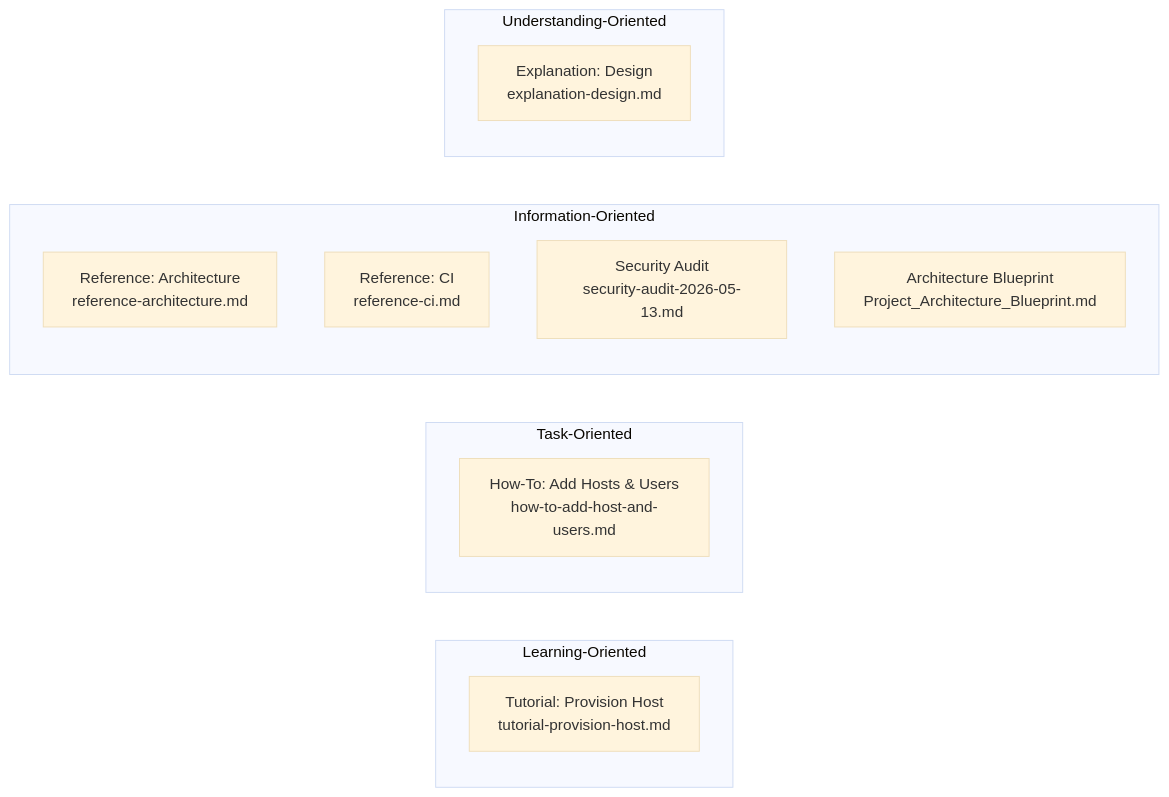
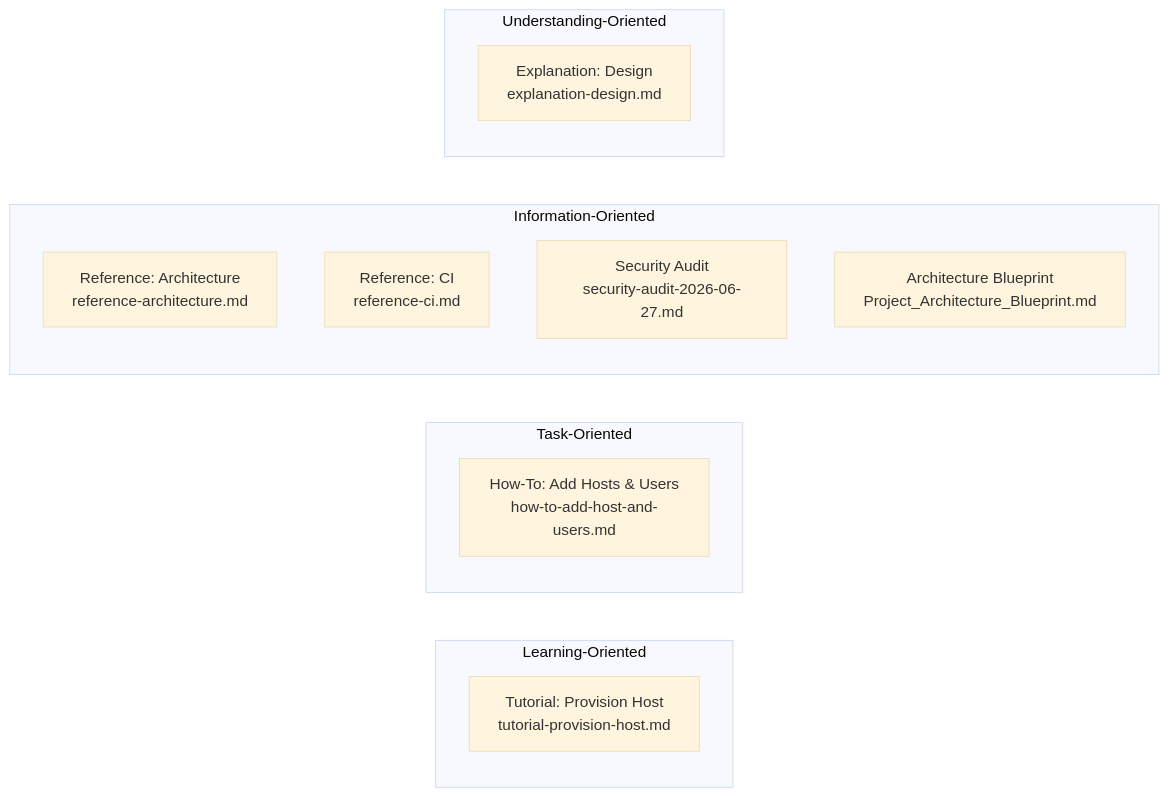
One commit to telometto/nix-config changed the diagram in docs/README.md. Above: the diagram before and after it, drawn with Mermaid (base theme). The commit also changed other lines of this file and 1 other file, not shown here.

Commit message:
🧹 chore(docs): update security audit report to 2026-06-27

````diff
--- a/docs/README.md
+++ b/docs/README.md
@@ -17,18 +17,18 @@
 ```mermaid
 flowchart LR
     subgraph Learning["Learning-Oriented"]
         T["Tutorial: Provision Host\ntutorial-provision-host.md"]
     end
     subgraph Task["Task-Oriented"]
         HT["How-To: Add Hosts & Users\nhow-to-add-host-and-users.md"]
     end
     subgraph Reference["Information-Oriented"]
         RA["Reference: Architecture\nreference-architecture.md"]
         RC["Reference: CI\nreference-ci.md"]
-        SA["Security Audit\nsecurity-audit-2026-05-13.md"]
+        SA["Security Audit\nsecurity-audit-2026-06-27.md"]
         BP["Architecture Blueprint\nProject_Architecture_Blueprint.md"]
     end
     subgraph Understanding["Understanding-Oriented"]
         EX["Explanation: Design\nexplanation-design.md"]
     end
 ```
````
